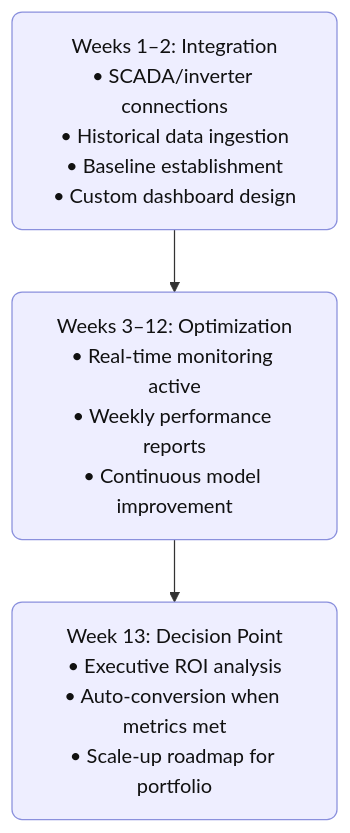
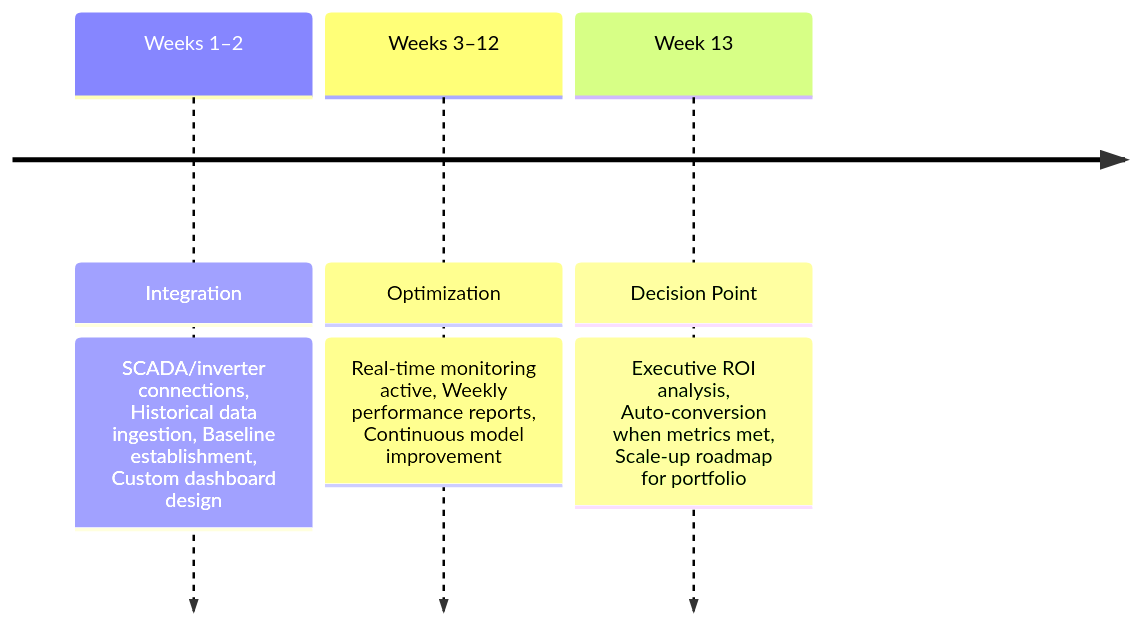
Before and after one commit to AsobaCloud/asobacloud.github.io: the diagram in use-cases.md, drawn with Mermaid. The commit also changed 1 other file, not shown here.

````diff
--- a/use-cases.md
+++ b/use-cases.md
@@ -69,10 +69,6 @@
 ```mermaid
-graph TB
-  classDef step fill:#eef,stroke:#8a90dd,stroke-width:1px,rx:8,ry:8,color:#111;
-
-  A["Weeks 1–2: Integration<br/>• SCADA/inverter connections<br/>• Historical data ingestion<br/>• Baseline establishment<br/>• Custom dashboard design"]:::step
-  B["Weeks 3–12: Optimization<br/>• Real-time monitoring active<br/>• Weekly performance reports<br/>• Continuous model improvement"]:::step
-  C["Week 13: Decision Point<br/>• Executive ROI analysis<br/>• Auto-conversion when metrics met<br/>• Scale-up roadmap for portfolio"]:::step
-
-  A --> B --> C
+timeline
+  Weeks 1–2: Integration : SCADA/inverter connections, Historical data ingestion, Baseline establishment, Custom dashboard design
+  Weeks 3–12: Optimization : Real-time monitoring active, Weekly performance reports, Continuous model improvement
+  Week 13: Decision Point : Executive ROI analysis, Auto-conversion when metrics met, Scale-up roadmap for portfolio
 ```
````
